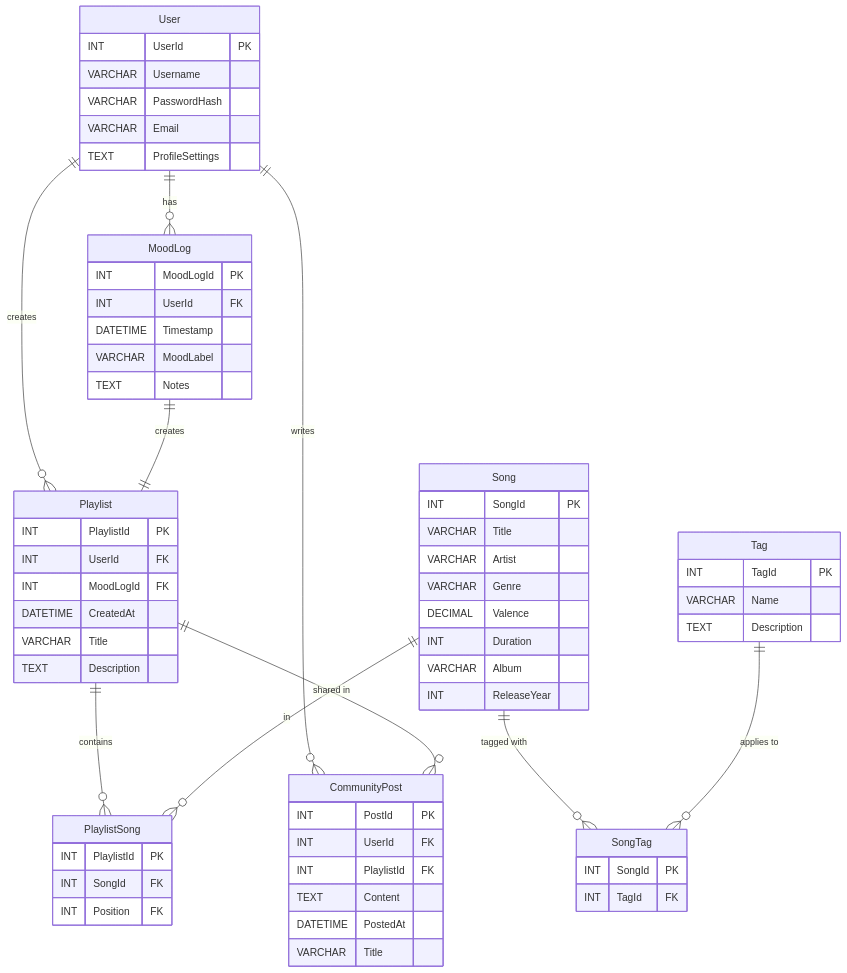
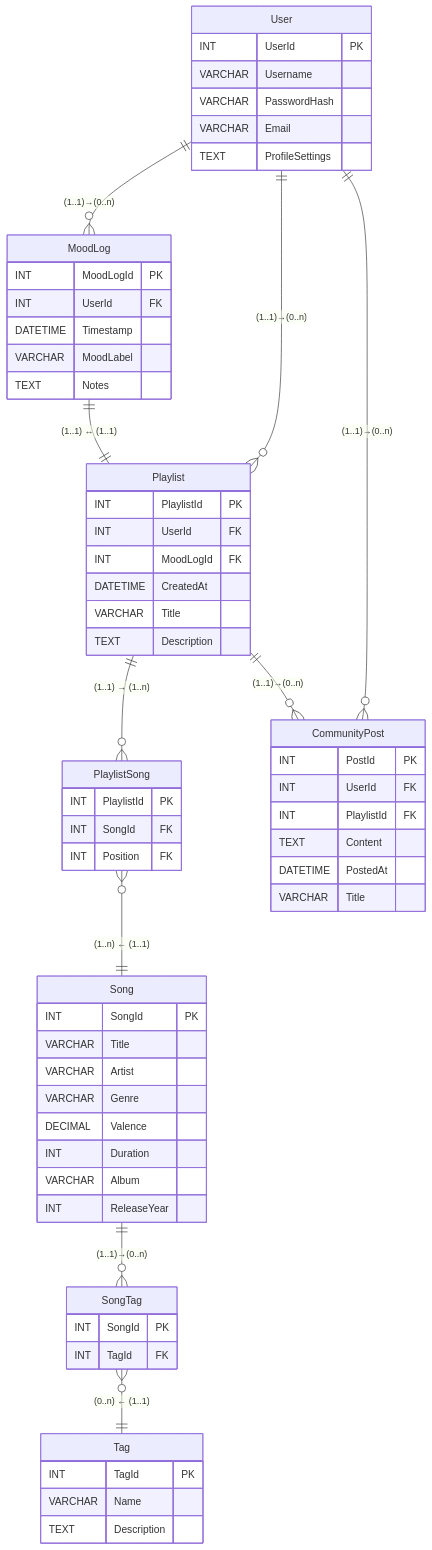
Before and after one commit to cs411-alawini/su25-cs411-team021-team021: the diagram in doc/Database Design.md, drawn with Mermaid.

Commit message:
Update Database Design.md

````diff
--- a/doc/Database Design.md
+++ b/doc/Database Design.md
@@ -5,68 +5,69 @@
 ```mermaid
 erDiagram
     User {
         INT UserId PK
         VARCHAR Username
         VARCHAR PasswordHash
         VARCHAR Email
         TEXT ProfileSettings
     }
     MoodLog {
         INT MoodLogId PK
         INT UserId FK
         DATETIME Timestamp
         VARCHAR MoodLabel
         TEXT Notes
     }
     Playlist {
         INT PlaylistId PK
         INT UserId FK
         INT MoodLogId FK
         DATETIME CreatedAt
         VARCHAR Title
         TEXT Description
     }
     Song {
         INT SongId PK
         VARCHAR Title
         VARCHAR Artist
         VARCHAR Genre
         DECIMAL Valence
         INT Duration
         VARCHAR Album
         INT ReleaseYear
     }
     PlaylistSong {
         INT PlaylistId PK
         INT SongId FK
         INT Position FK
     }
     Tag {
         INT TagId PK
         VARCHAR Name
         TEXT Description
     }
     SongTag {
         INT SongId PK
         INT TagId FK
     }
     CommunityPost {
         INT PostId PK
         INT UserId FK
         INT PlaylistId FK
         TEXT Content
         DATETIME PostedAt
         VARCHAR Title
     }
 
     %% Relationships
-    User ||--o{ MoodLog : "has"
-    User ||--o{ Playlist : "creates"
-    MoodLog ||--|| Playlist : "creates"
-    Playlist ||--o{ PlaylistSong : "contains"
-    Song ||--o{ PlaylistSong : "in"
-    Song ||--o{ SongTag : "tagged with"
-    Tag ||--o{ SongTag : "applies to"
-    User ||--o{ CommunityPost : "writes"
-    Playlist ||--o{ CommunityPost : "shared in"
+    User ||--o{ MoodLog : "(1..1)→(0..n)"
+    User ||--o{ Playlist : "(1..1)→(0..n)"
+    MoodLog ||--|| Playlist : "(1..1) ↔ (1..1)"
+    Playlist ||--o{ PlaylistSong : "(1..1) → (1..n)"
+    PlaylistSong }o--|| Song : "(1..n) ← (1..1)"
+    Song ||--o{ SongTag : "(1..1)→(0..n)"
+    SongTag }o--|| Tag : "(0..n) ← (1..1)"
+    User ||--o{ CommunityPost : "(1..1)→(0..n)"
+    Playlist ||--o{ CommunityPost : "(1..1)→(0..n)"
+
 ```
````
